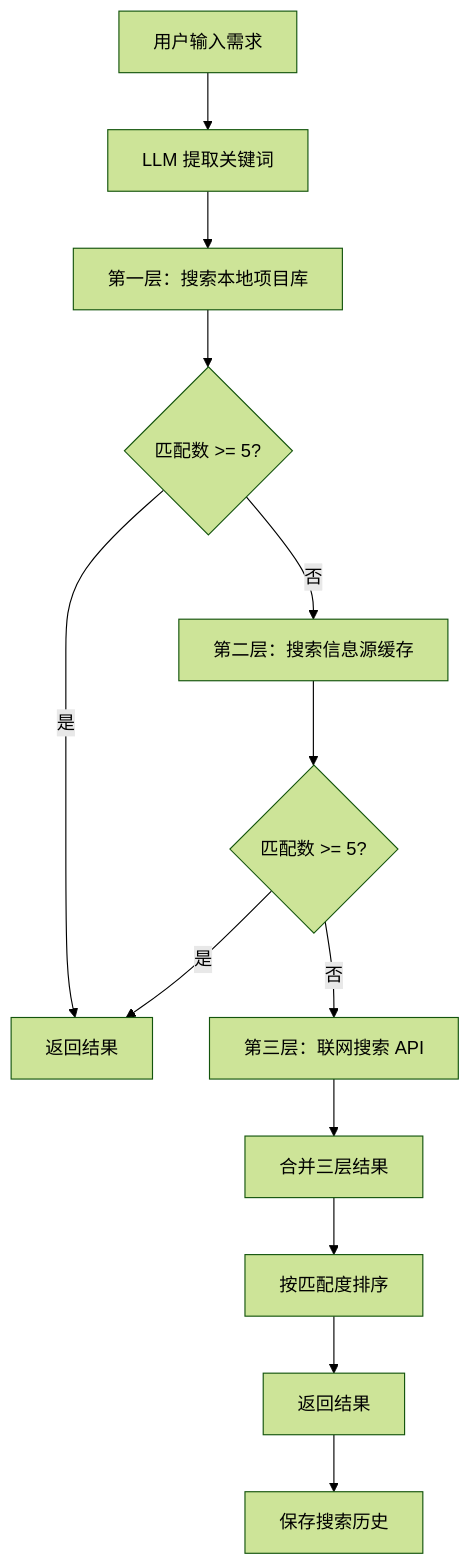
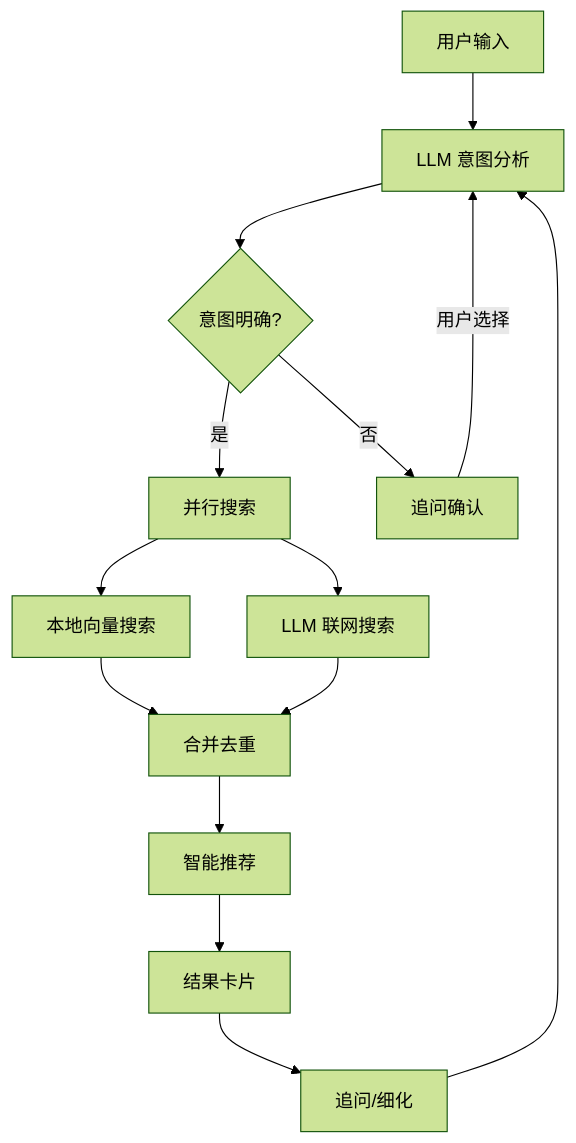
Before and after one commit to cpro1868/os_compass: the sixth of 11 diagrams in docs/详细设计说明书.md, drawn with Mermaid (forest theme). The commit also changed other lines of this file and 15 other files, not shown here.

````diff
--- a/docs/详细设计说明书.md
+++ b/docs/详细设计说明书.md
@@ -1489,15 +1496,20 @@
 ```mermaid
 flowchart TD
-    A[用户输入需求] --> B[LLM 提取关键词]
-    B --> C[第一层：搜索本地项目库]
-    C --> D{匹配数 >= 5?}
-    D -->|是| E[返回结果]
-    D -->|否| F[第二层：搜索信息源缓存]
-    F --> G{匹配数 >= 5?}
-    G -->|是| E
-    G -->|否| H[第三层：联网搜索 API]
-    H --> I[合并三层结果]
-    I --> J[按匹配度排序]
-    J --> K[返回结果]
-    K --> L[保存搜索历史]
+    A[用户输入] --> B[LLM 意图分析]
+    B --> C{意图明确?}
+    C -->|是| D[并行搜索]
+    C -->|否| E[追问确认]
+
+    D --> F[本地向量搜索]
+    D --> G[LLM 联网搜索]
+    F --> H[合并去重]
+    G --> H
+
+    E -->|用户选择| B
+
+    H --> I[智能推荐]
+    I --> J[结果卡片]
+
+    J --> K[追问/细化]
+    K --> B
 ```
````
